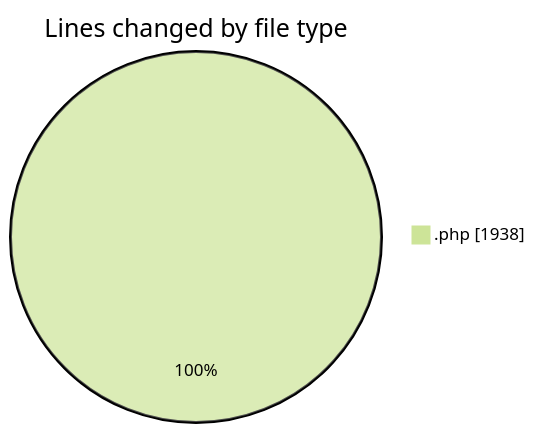
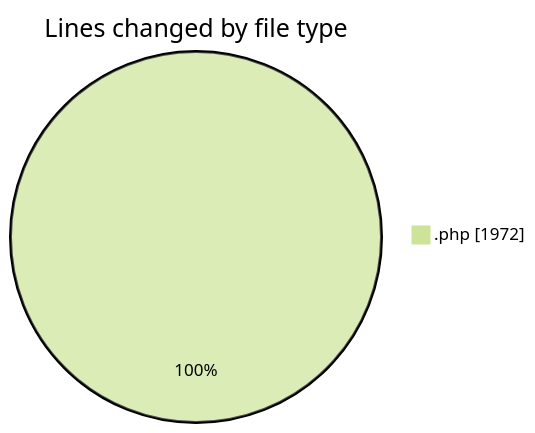
The first of 2 diagrams in 2026-01-13/plugins__workspace_/README.md (debugP/code-tracking), drawn with Mermaid (forest theme) before and after one commit. The commit also changed other lines of this file and 1 other file, not shown here.

````diff
--- a/2026-01-13/plugins__workspace_/README.md
+++ b/2026-01-13/plugins__workspace_/README.md
@@ -20,5 +20,5 @@
 ```mermaid
 pie showData
 title Lines changed by file type
-".php" : 1938
+".php" : 1972
 ```
````
